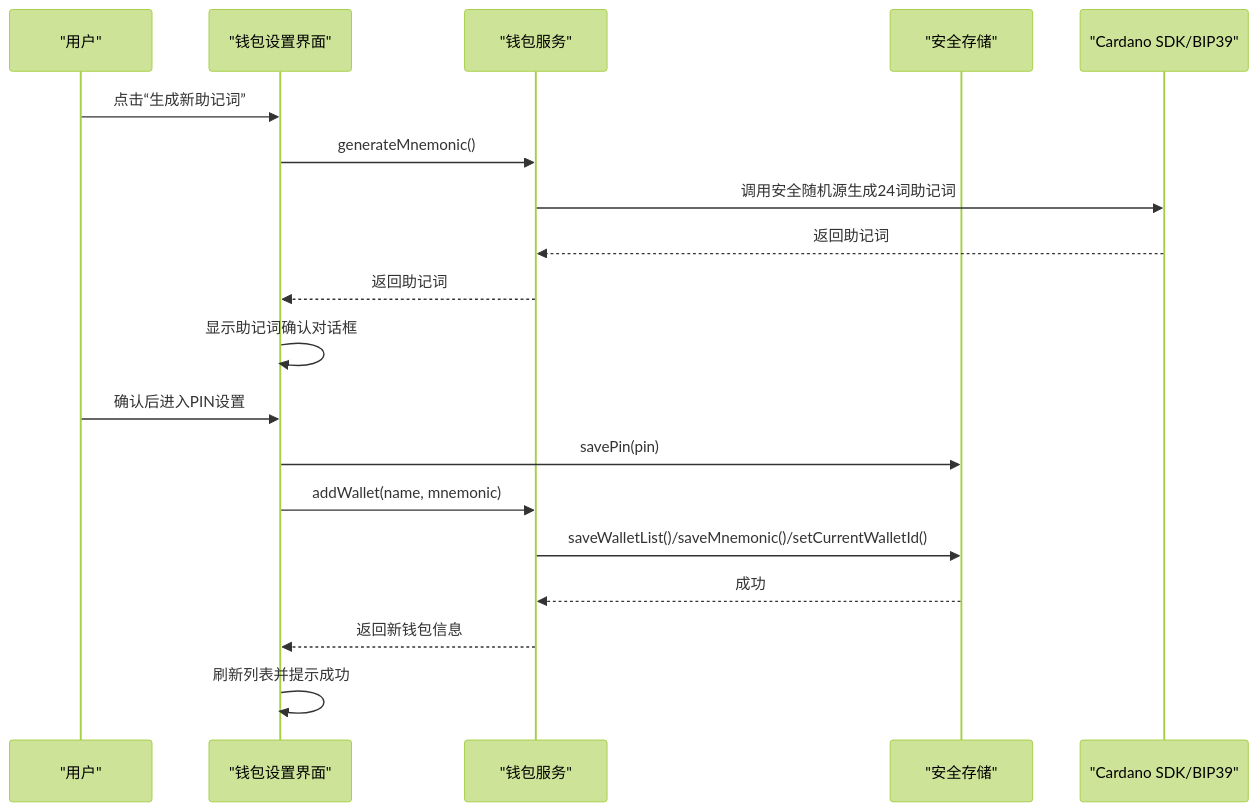
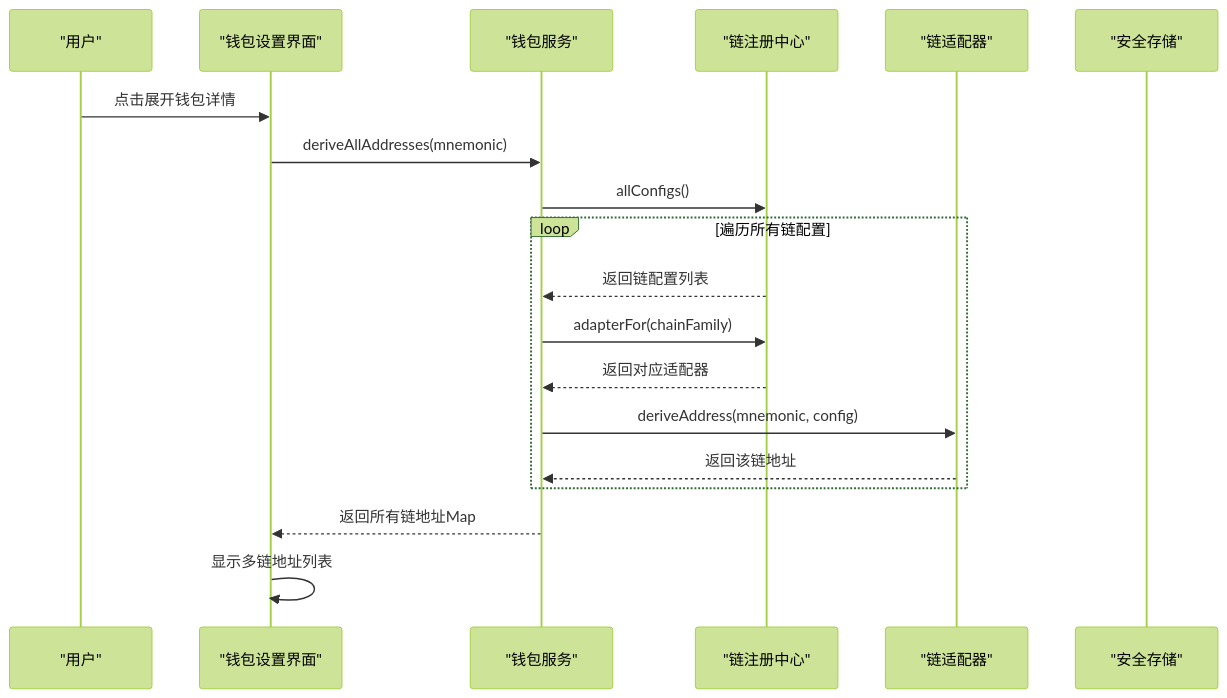
The second of 5 diagrams in .qoder/repowiki/zh/content/用户界面/冷钱包App界面/钱包设置界面.md (EqualToEthan/stasis), drawn with Mermaid (forest theme) before and after one commit. The commit also changed other lines of this file and 40 other files, not shown here.

````diff
--- a/.qoder/repowiki/zh/content/用户界面/冷钱包App界面/钱包设置界面.md
+++ b/.qoder/repowiki/zh/content/用户界面/冷钱包App界面/钱包设置界面.md
@@ -81,21 +101,21 @@
 ```mermaid
 sequenceDiagram
 participant U as "用户"
 participant W as "钱包设置界面"
 participant S as "钱包服务"
+participant R as "链注册中心"
+participant A as "链适配器"
 participant SS as "安全存储"
-participant SDK as "Cardano SDK/BIP39"
-U->>W : 点击“生成新助记词”
-W->>S : generateMnemonic()
-S->>SDK : 调用安全随机源生成24词助记词
-SDK-->>S : 返回助记词
-S-->>W : 返回助记词
-W->>W : 显示助记词确认对话框
-U->>W : 确认后进入PIN设置
-W->>SS : savePin(pin)
-W->>S : addWallet(name, mnemonic)
-S->>SS : saveWalletList()/saveMnemonic()/setCurrentWalletId()
-SS-->>S : 成功
-S-->>W : 返回新钱包信息
-W->>W : 刷新列表并提示成功
+U->>W : 点击展开钱包详情
+W->>S : deriveAllAddresses(mnemonic)
+S->>R : allConfigs()
+loop 遍历所有链配置
+R-->>S : 返回链配置列表
+S->>R : adapterFor(chainFamily)
+R-->>S : 返回对应适配器
+S->>A : deriveAddress(mnemonic, config)
+A-->>S : 返回该链地址
+end
+S-->>W : 返回所有链地址Map
+W->>W : 显示多链地址列表
 ```
````
